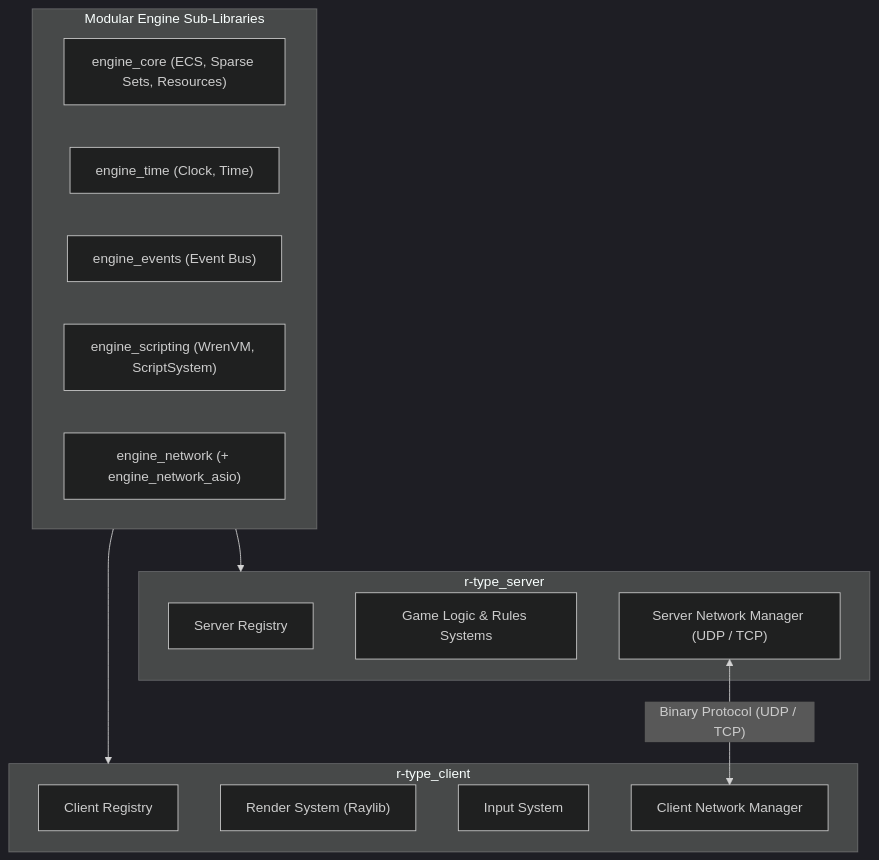
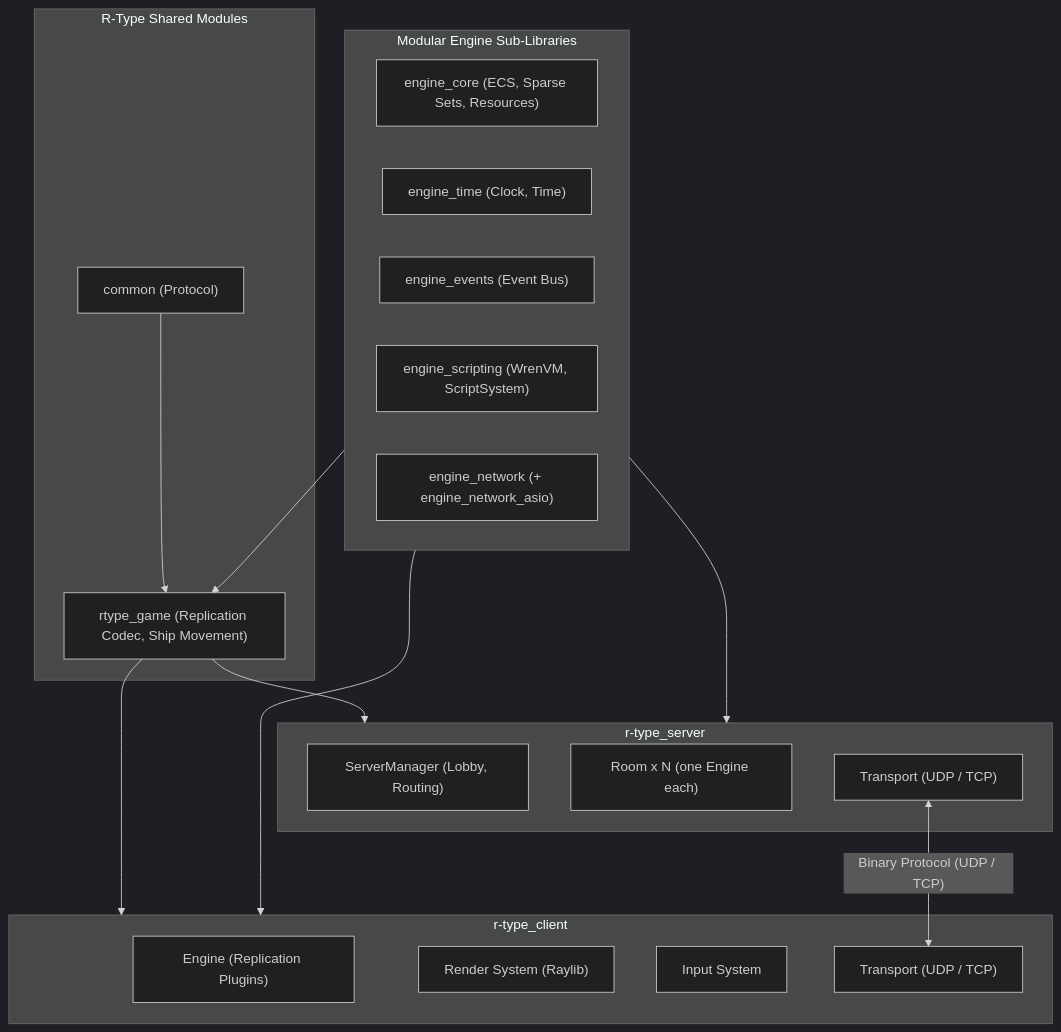
The first of 2 diagrams in docs/architecture/overview.md (Matt4401/Mirror-Rtype), drawn with Mermaid (dark theme) before and after one commit. The commit also changed other lines of this file and 11 other files, not shown here.

````diff
--- a/docs/architecture/overview.md
+++ b/docs/architecture/overview.md
@@ -28,28 +35,37 @@
 ```mermaid
 graph TB
     subgraph Engine["Modular Engine Sub-Libraries"]
         Core["engine_core (ECS, Sparse Sets, Resources)"]
         Time["engine_time (Clock, Time)"]
         Events["engine_events (Event Bus)"]
         Scripting["engine_scripting (WrenVM, ScriptSystem)"]
         Network["engine_network (+ engine_network_asio)"]
     end
 
+    subgraph Game["R-Type Shared Modules"]
+        Common["common (Protocol)"]
+        RtypeGame["rtype_game (Replication Codec, Ship Movement)"]
+    end
+
     subgraph ServerApp["r-type_server"]
-        ServerECS["Server Registry"]
-        ServerLogic["Game Logic & Rules Systems"]
-        ServerNet["Server Network Manager (UDP / TCP)"]
+        ServerManager["ServerManager (Lobby, Routing)"]
+        Rooms["Room x N (one Engine each)"]
+        ServerNet["Transport (UDP / TCP)"]
     end
 
     subgraph ClientApp["r-type_client"]
-        ClientECS["Client Registry"]
+        ClientEngine["Engine (Replication Plugins)"]
         Renderer["Render System (Raylib)"]
         Input["Input System"]
-        ClientNet["Client Network Manager"]
+        ClientNet["Transport (UDP / TCP)"]
     end
 
+    Engine --> RtypeGame
+    Common --> RtypeGame
+    RtypeGame --> ServerApp
+    RtypeGame --> ClientApp
     Engine --> ServerApp
     Engine --> ClientApp
 
     ServerNet <-->|"Binary Protocol (UDP / TCP)"| ClientNet
 ```
````
